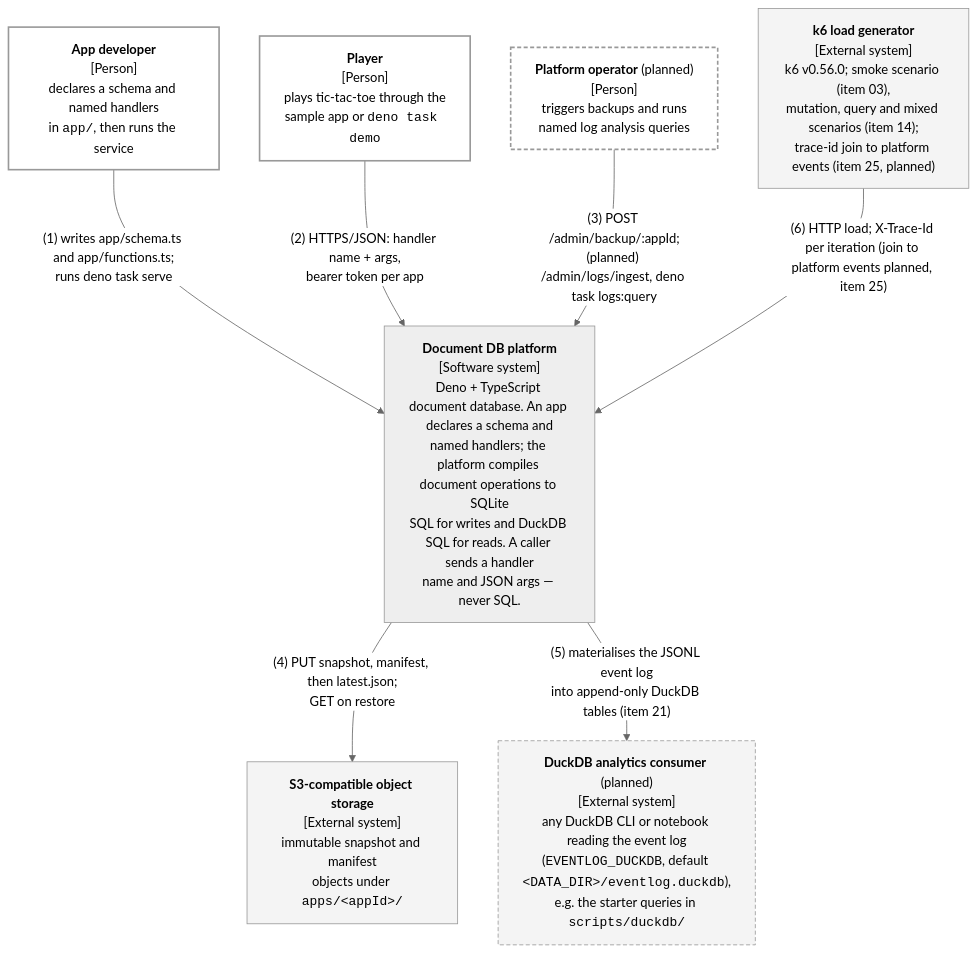
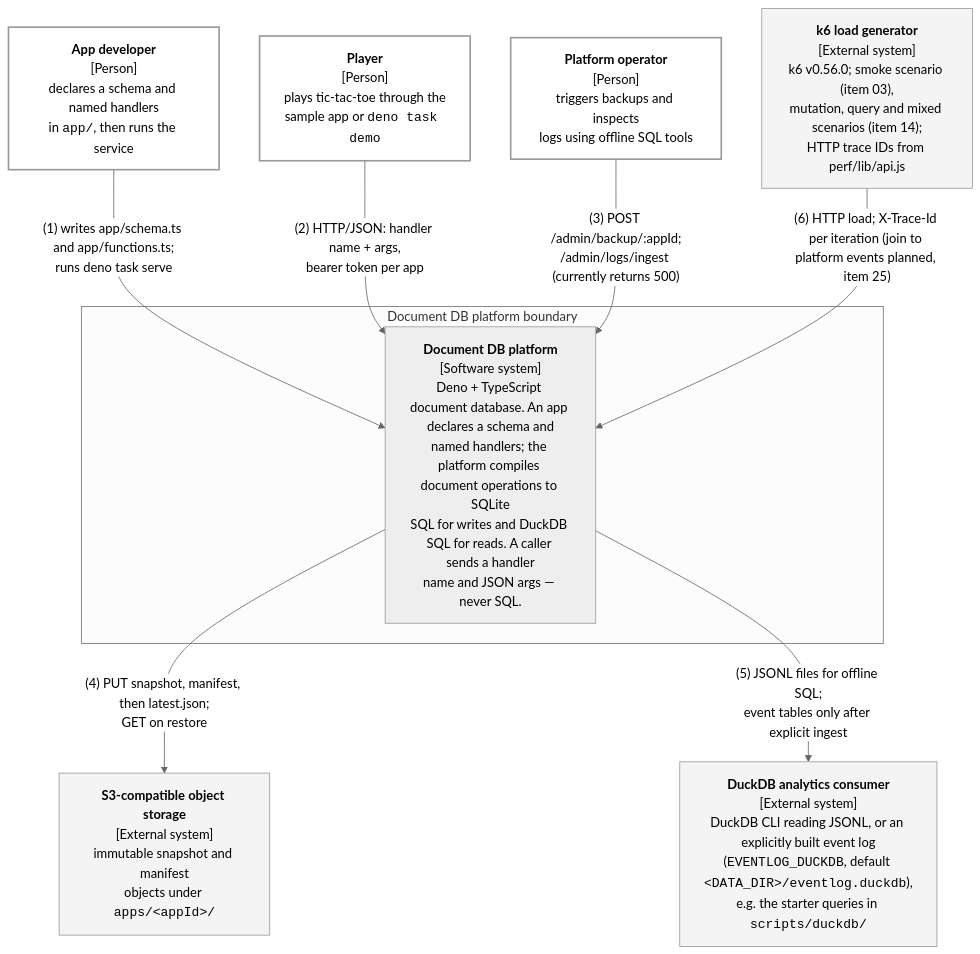
Before and after one commit to nickstrad/ts-db: the diagram in docs/architecture/c4-context-document-db.github.md, drawn with Mermaid (neutral theme). The commit also changed other lines of this file and 12 other files, not shown here.

````diff
--- a/docs/architecture/c4-context-document-db.github.md
+++ b/docs/architecture/c4-context-document-db.github.md
@@ -14,26 +13,27 @@
 ```mermaid
 flowchart TB
     dev["<b>App developer</b><br/>[Person]<br/>declares a schema and named handlers<br/>in <code>app/</code>, then runs the service"]
     player["<b>Player</b><br/>[Person]<br/>plays tic-tac-toe through the<br/>sample app or <code>deno task demo</code>"]
-    op["<b>Platform operator</b> (planned)<br/>[Person]<br/>triggers backups and runs<br/>named log analysis queries"]
+    op["<b>Platform operator</b><br/>[Person]<br/>triggers backups and inspects<br/>logs using offline SQL tools"]
 
+    subgraph system["Document DB platform boundary"]
     plat["<b>Document DB platform</b><br/>[Software system]<br/>Deno + TypeScript document database. An app declares a schema and<br/>named handlers; the platform compiles document operations to SQLite<br/>SQL for writes and DuckDB SQL for reads. A caller sends a handler<br/>name and JSON args — never SQL."]
+    end
 
     s3["<b>S3-compatible object storage</b><br/>[External system]<br/>immutable snapshot and manifest<br/>objects under <code>apps/&lt;appId&gt;/</code>"]
-    duck["<b>DuckDB analytics consumer</b> (planned)<br/>[External system]<br/>any DuckDB CLI or notebook reading the event log<br/>(<code>EVENTLOG_DUCKDB</code>, default <code>&lt;DATA_DIR&gt;/eventlog.duckdb</code>),<br/>e.g. the starter queries in <code>scripts/duckdb/</code>"]
-    k6["<b>k6 load generator</b><br/>[External system]<br/>k6 v0.56.0; smoke scenario (item 03),<br/>mutation, query and mixed scenarios (item 14);<br/>trace-id join to platform events (item 25, planned)"]
+    duck["<b>DuckDB analytics consumer</b><br/>[External system]<br/>DuckDB CLI reading JSONL, or an explicitly built event log<br/>(<code>EVENTLOG_DUCKDB</code>, default <code>&lt;DATA_DIR&gt;/eventlog.duckdb</code>),<br/>e.g. the starter queries in <code>scripts/duckdb/</code>"]
+    k6["<b>k6 load generator</b><br/>[External system]<br/>k6 v0.56.0; smoke scenario (item 03),<br/>mutation, query and mixed scenarios (item 14);<br/>HTTP trace IDs from perf/lib/api.js"]
 
     dev -->|"(1) writes app/schema.ts and app/functions.ts;<br/>runs deno task serve"| plat
-    player -->|"(2) HTTPS/JSON: handler name + args,<br/>bearer token per app"| plat
-    op -->|"(3) POST /admin/backup/:appId;<br/>(planned) /admin/logs/ingest, deno task logs:query"| plat
+    player -->|"(2) HTTP/JSON: handler name + args,<br/>bearer token per app"| plat
+    op -->|"(3) POST /admin/backup/:appId;<br/>/admin/logs/ingest (currently returns 500)"| plat
     plat -->|"(4) PUT snapshot, manifest, then latest.json;<br/>GET on restore"| s3
-    plat -->|"(5) materialises the JSONL event log<br/>into append-only DuckDB tables (item 21)"| duck
+    plat -->|"(5) JSONL files for offline SQL;<br/>event tables only after explicit ingest"| duck
     k6 -->|"(6) HTTP load; X-Trace-Id per iteration (join to platform events planned, item 25)"| plat
 
     classDef planned stroke-dasharray: 5 3
     classDef person fill:#fff,stroke-width:2px
     classDef external fill:#f4f4f4
     class dev,player,op person
     class s3,duck,k6 external
-    class op,duck planned
 ```
````
